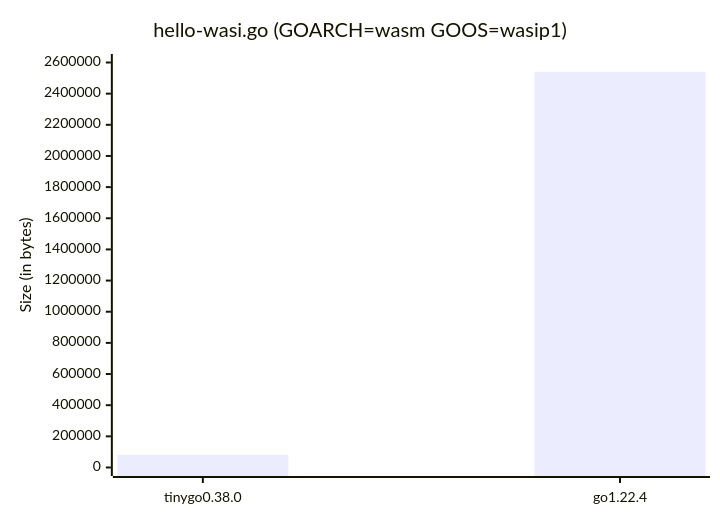
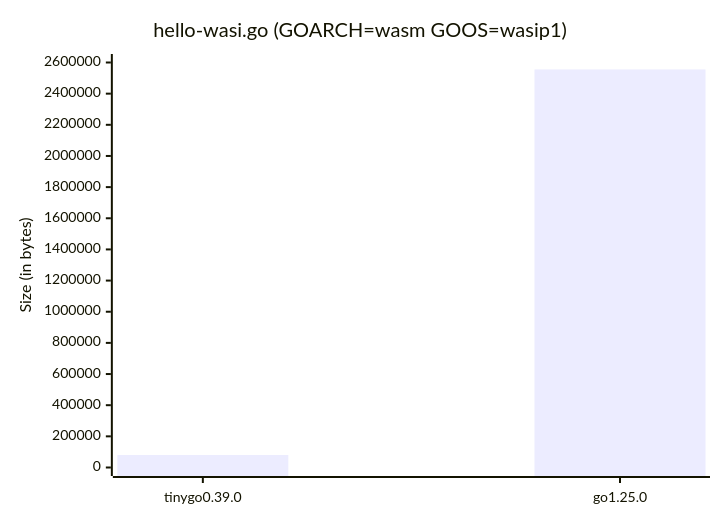
One commit to deadprogram/gophercon-2025 changed the second of 2 diagrams in diagrams/sizes.md. Above: the diagram before and after it, drawn with Mermaid. The commit also changed other lines of this file and 7 other files, not shown here.

````diff
--- a/diagrams/sizes.md
+++ b/diagrams/sizes.md
@@ -14,7 +14,7 @@
 ```mermaid
 xychart-beta
     title "hello-wasi.go (GOARCH=wasm GOOS=wasip1)"
-    x-axis [tinygo0.38.0, go1.22.4]
+    x-axis [tinygo0.39.0, go1.25.0]
     y-axis "Size (in bytes)" 0 --> 2600000
-    bar [80388, 2540172]
+    bar [80127, 2555354]
 ```
````
